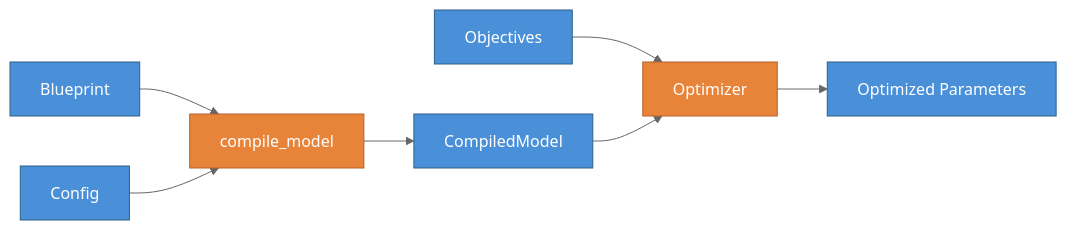
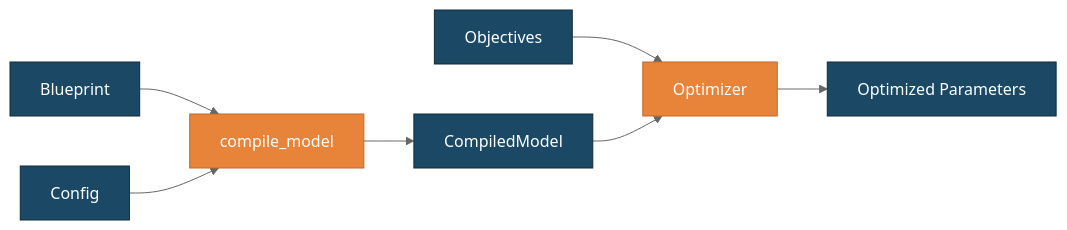
One commit to Ash12H/SeapoPym-JAX changed the third of 3 diagrams in README.md. Above: the diagram before and after it, drawn with Mermaid (neutral theme). The commit also changed other lines of this file and 15 other files, not shown here.

````diff
--- a/README.md
+++ b/README.md
@@ -79,17 +79,17 @@
 ```mermaid
 graph LR
     A[Blueprint] --> C[compile_model]
     B[Config] --> C
     C --> M[CompiledModel]
     Obj[Objectives] --> Opt[Optimizer]
     M --> Opt
     Opt --> Res[Optimized Parameters]
 
-    style A fill:#4a90d9,stroke:#2c5f8a,color:#fff
-    style B fill:#4a90d9,stroke:#2c5f8a,color:#fff
-    style M fill:#4a90d9,stroke:#2c5f8a,color:#fff
-    style Obj fill:#4a90d9,stroke:#2c5f8a,color:#fff
-    style Res fill:#4a90d9,stroke:#2c5f8a,color:#fff
-    style C fill:#e8833a,stroke:#b5612a,color:#fff
-    style Opt fill:#e8833a,stroke:#b5612a,color:#fff
+    style A fill:#1b4965,stroke:#0d2b3e,color:#fff
+    style B fill:#1b4965,stroke:#0d2b3e,color:#fff
+    style M fill:#1b4965,stroke:#0d2b3e,color:#fff
+    style Obj fill:#1b4965,stroke:#0d2b3e,color:#fff
+    style Res fill:#1b4965,stroke:#0d2b3e,color:#fff
+    style C fill:#e8833a,stroke:#c06a2a,color:#fff
+    style Opt fill:#e8833a,stroke:#c06a2a,color:#fff
 ```
````
